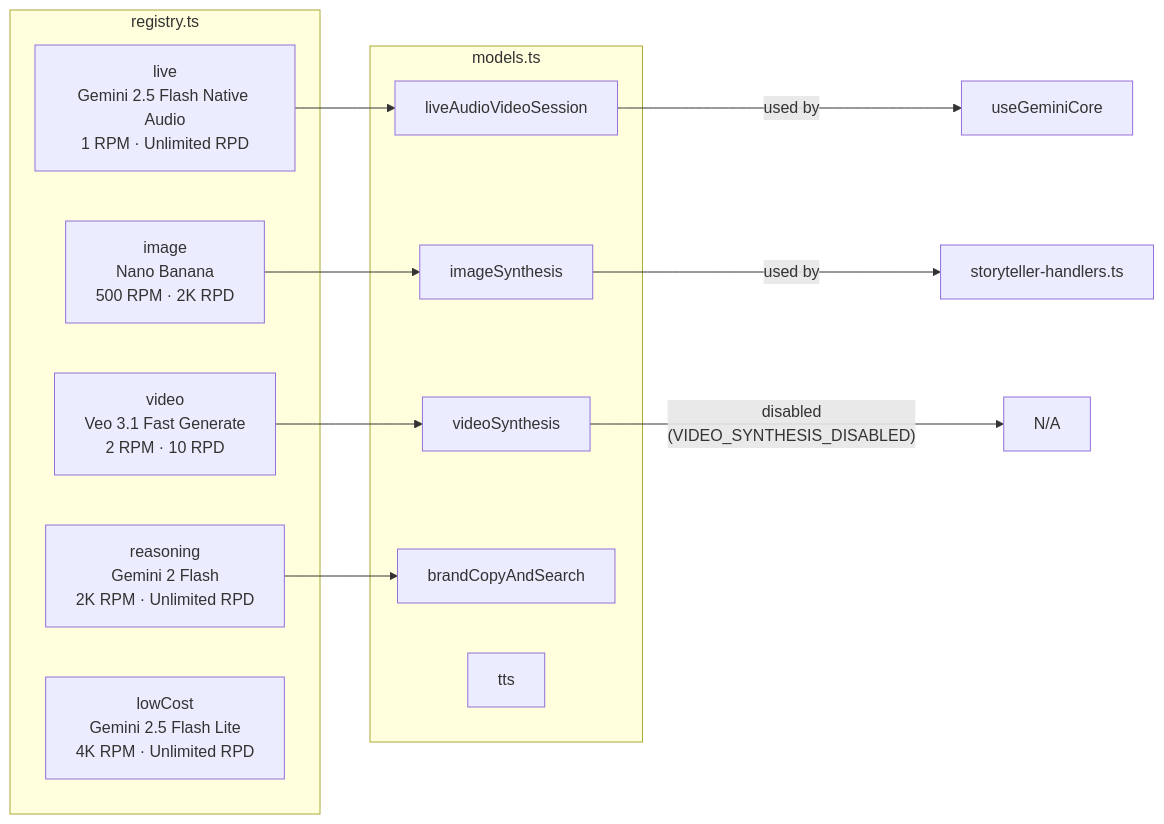
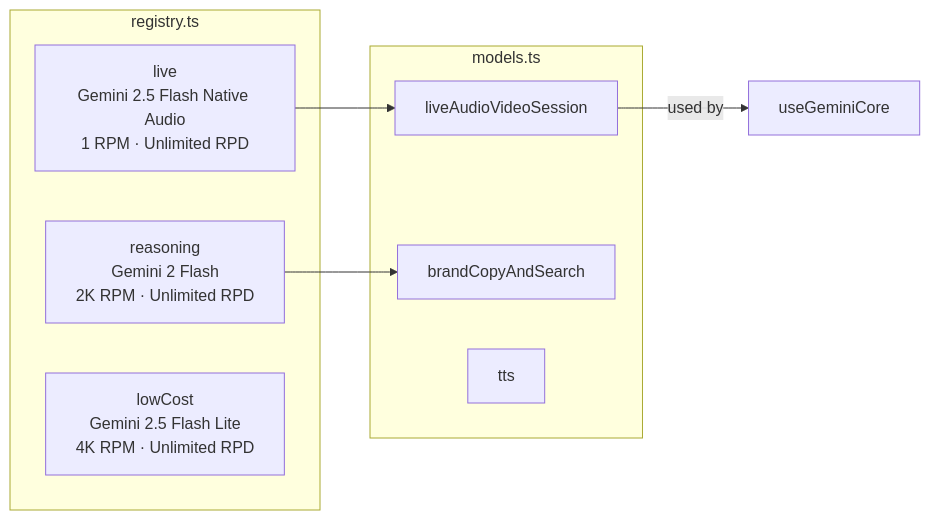
One commit to serguei9090/The-Spatial-Eye changed the sixth of 6 diagrams in architecture.md. Above: the diagram before and after it, drawn with Mermaid. The commit also changed other lines of this file and 2 other files, not shown here.

````diff
--- a/architecture.md
+++ b/architecture.md
@@ -241,27 +190,19 @@
 ```mermaid
 graph LR
     subgraph registry.ts
         live["live\nGemini 2.5 Flash Native Audio\n1 RPM · Unlimited RPD"]
-        image["image\nNano Banana\n500 RPM · 2K RPD"]
-        video["video\nVeo 3.1 Fast Generate\n2 RPM · 10 RPD"]
         reasoning["reasoning\nGemini 2 Flash\n2K RPM · Unlimited RPD"]
         lowCost["lowCost\nGemini 2.5 Flash Lite\n4K RPM · Unlimited RPD"]
     end
 
     subgraph models.ts
         liveModel["liveAudioVideoSession"]
-        imageModel["imageSynthesis"]
-        videoModel["videoSynthesis"]
         brandModel["brandCopyAndSearch"]
         ttsModel["tts"]
     end
 
     live --> liveModel
-    image --> imageModel
-    video --> videoModel
     reasoning --> brandModel
 
     liveModel -->|"used by"| useGeminiCore
-    imageModel -->|"used by"| storytellerHandlers["storyteller-handlers.ts"]
-    videoModel -->|"disabled\n(VIDEO_SYNTHESIS_DISABLED)"| N/A
 ```
````
